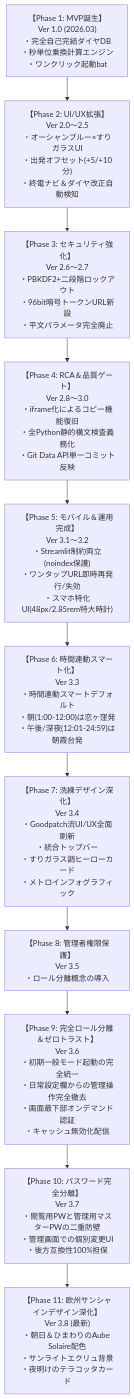
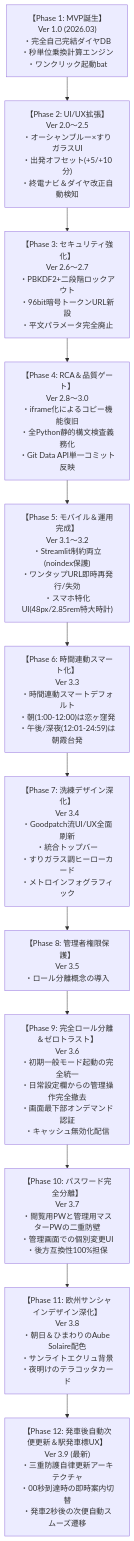
Before and after one commit to uriboh428/koiasa-train-timer: the diagram in REQUIREMENTS.md, drawn with Mermaid. The commit also changed other lines of this file and 3 other files, not shown here.

````diff
--- a/REQUIREMENTS.md
+++ b/REQUIREMENTS.md
@@ -20,26 +20,28 @@
 ```mermaid
 flowchart TD
     V1["【Phase 1: MVP誕生】<br>Ver 1.0 (2026.03)<br>・完全自己完結ダイヤDB<br>・秒単位乗換計算エンジン<br>・ワンクリック起動bat"]
     
     V2["【Phase 2: UI/UX拡張】<br>Ver 2.0〜2.5<br>・オーシャンブルー×すりガラスUI<br>・出発オフセット(+5/+10分)<br>・終電ナビ＆ダイヤ改正自動検知"]
     
     V3["【Phase 3: セキュリティ強化】<br>Ver 2.6〜2.7<br>・PBKDF2+二段階ロックアウト<br>・96bit暗号トークンURL新設<br>・平文パラメータ完全廃止"]
     
     V4["【Phase 4: RCA＆品質ゲート】<br>Ver 2.8〜3.0<br>・iframe化によるコピー機能復旧<br>・全Python静的構文検査義務化<br>・Git Data API単一コミット反映"]
     
     V5["【Phase 5: モバイル＆運用完成】<br>Ver 3.1〜3.2<br>・Streamlit制約両立(noindex保護)<br>・ワンタップURL即時再発行/失効<br>・スマホ特化UI(48px/2.85rem特大時計)"]
 
     V6["【Phase 6: 時間連動スマート化】<br>Ver 3.3<br>・時間連動スマートデフォルト<br>・朝(1:00-12:00)は恋ヶ窪発<br>・午後/深夜(12:01-24:59)は朝霞台発"]
 
     V7["【Phase 7: 洗練デザイン深化】<br>Ver 3.4<br>・Goodpatch流UI/UX全面刷新<br>・統合トップバー<br>・すりガラス調ヒーローカード<br>・メトロインフォグラフィック"]
 
     V8["【Phase 8: 管理者権限保護】<br>Ver 3.5<br>・ロール分離概念の導入"]
 
     V9["【Phase 9: 完全ロール分離＆ゼロトラスト】<br>Ver 3.6<br>・初期一般モード起動の完全統一<br>・日常設定欄からの管理操作完全撤去<br>・画面最下部オンデマンド認証<br>・キャッシュ無効化配信"]
 
     V10["【Phase 10: パスワード完全分離】<br>Ver 3.7<br>・閲覧用PWと管理用マスターPWの二重防壁<br>・管理画面での個別変更UI<br>・後方互換性100%担保"]
 
-    V11["【Phase 11: 欧州サンシャインデザイン深化】<br>Ver 3.8 (最新)<br>・朝日＆ひまわりのAube Solaire配色<br>・サンライトエクリュ背景<br>・夜明けのテラコッタカード"]
+    V11["【Phase 11: 欧州サンシャインデザイン深化】<br>Ver 3.8<br>・朝日＆ひまわりのAube Solaire配色<br>・サンライトエクリュ背景<br>・夜明けのテラコッタカード"]
 
-    V1 --> V2 --> V3 --> V4 --> V5 --> V6 --> V7 --> V8 --> V9 --> V10 --> V11
+    V12["【Phase 12: 発車後自動次便更新＆駅発車標UX】<br>Ver 3.9 (最新)<br>・三重防護自律更新アーキテクチャ<br>・00秒到達時の即時案内切替<br>・発車2秒後の次便自動スムーズ遷移"]
+
+    V1 --> V2 --> V3 --> V4 --> V5 --> V6 --> V7 --> V8 --> V9 --> V10 --> V11 --> V12
 ```
````
